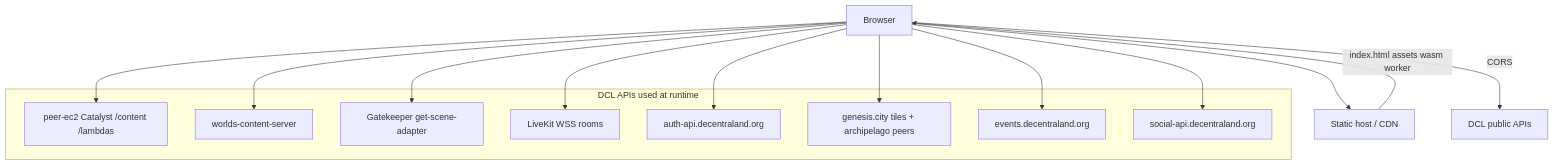
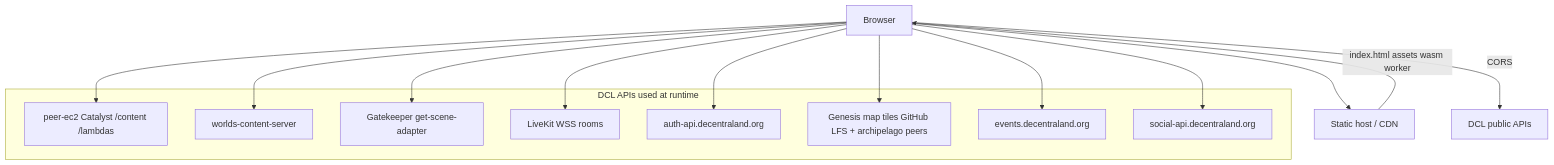
Before and after one commit to lastraum/dcl-threejs-client: the diagram in docs/DEPLOYMENT.md, drawn with Mermaid. The commit also changed other lines of this file and 1 other file, not shown here.

First line of the commit message:
fix(map): load Genesis tiles from GitHub LFS (valid TLS)

````diff
--- a/docs/DEPLOYMENT.md
+++ b/docs/DEPLOYMENT.md
@@ -142,30 +142,30 @@
 ```mermaid
 flowchart TB
   User[Browser]
   CDN[Static host / CDN]
   DCL[DCL public APIs]
 
   User --> CDN
   CDN -->|index.html assets wasm worker| User
   User -->|CORS| DCL
 
   subgraph dcl_apis [DCL APIs used at runtime]
     Catalyst[peer-ec2 Catalyst /content /lambdas]
     Worlds[worlds-content-server]
     Gatekeeper[Gatekeeper get-scene-adapter]
     LiveKit[LiveKit WSS rooms]
     Auth[auth-api.decentraland.org]
-    Map[genesis.city tiles + archipelago peers]
+    Map[Genesis map tiles GitHub LFS + archipelago peers]
     Events[events.decentraland.org]
     Social[social-api.decentraland.org]
   end
 
   User --> Catalyst
   User --> Worlds
   User --> Gatekeeper
   User --> LiveKit
   User --> Auth
   User --> Map
   User --> Events
   User --> Social
 ```
````
